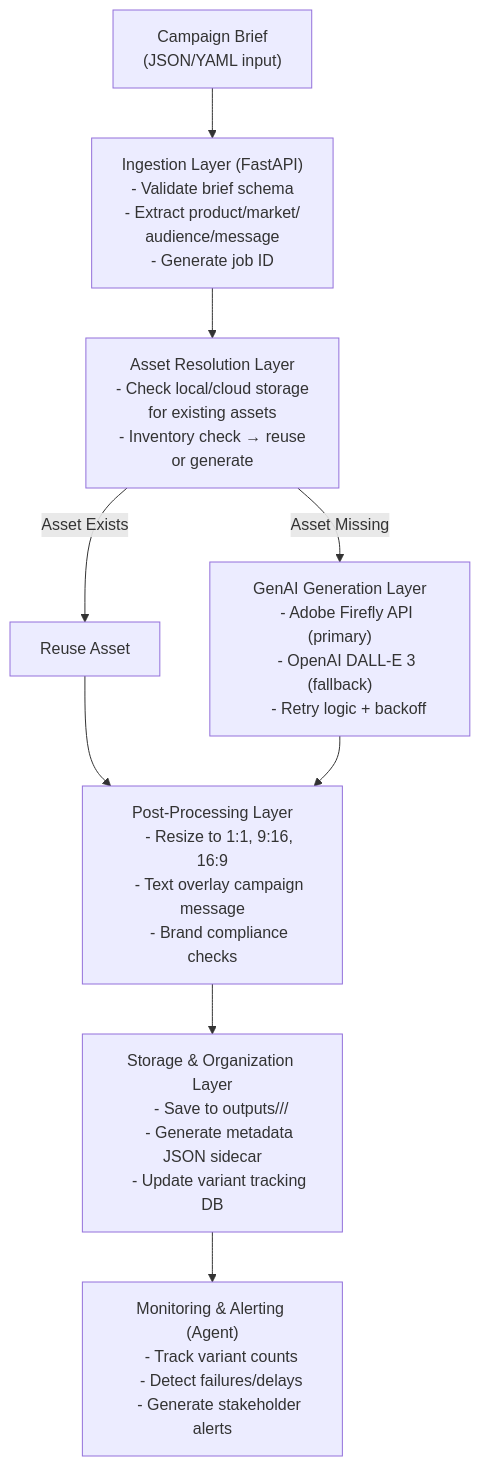
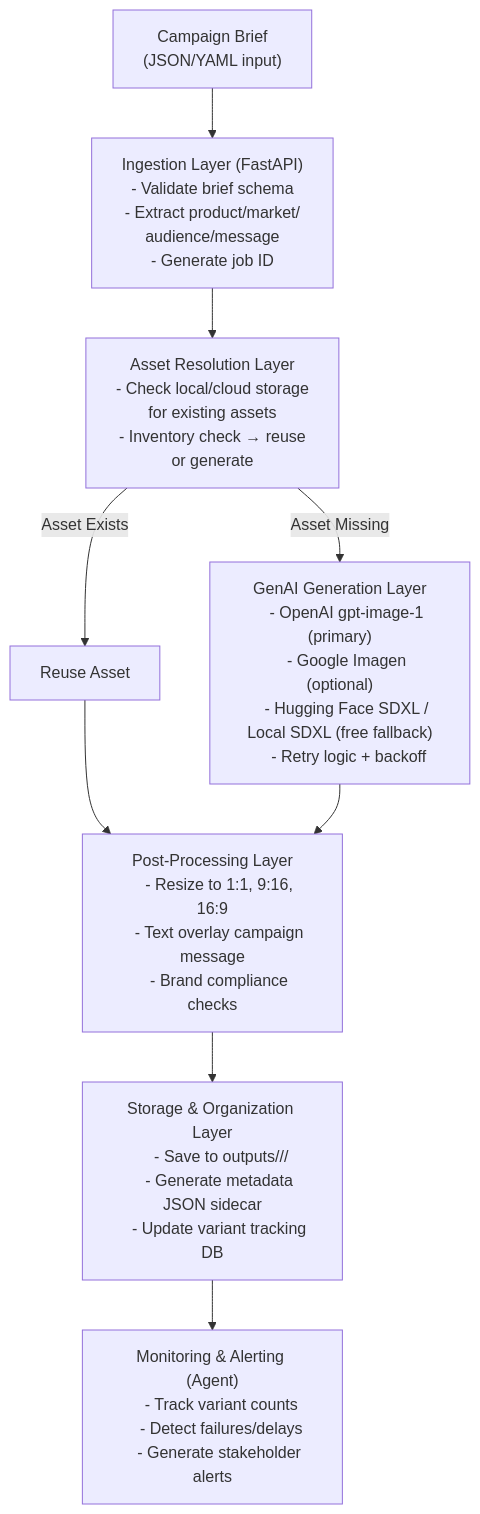
One commit to sharan1303/creative-ai changed the diagram in spec/TECHNICAL_SPEC.md. Above: the diagram before and after it, drawn with Mermaid. The commit also changed other lines of this file and 5 other files, not shown here.

````diff
--- a/spec/TECHNICAL_SPEC.md
+++ b/spec/TECHNICAL_SPEC.md
@@ -130,38 +133,39 @@
 ```mermaid
 flowchart TD
     A["Campaign Brief 
     (JSON/YAML input)"]
     B["Ingestion Layer (FastAPI)"
     - Validate brief schema
     - Extract product/market/
     audience/message
     - Generate job ID]
     C[Asset Resolution Layer
     - Check local/cloud storage 
     for existing assets
     - Inventory check → reuse 
     or generate]
     D[Reuse Asset]
     E["GenAI Generation Layer
-    - Adobe Firefly API (primary)
-    - OpenAI DALL-E 3 (fallback)
+    - OpenAI gpt-image-1 (primary)
+    - Google Imagen (optional)
+    - Hugging Face SDXL / Local SDXL (free fallback)
     - Retry logic + backoff"]
     F[Post-Processing Layer
     - Resize to 1:1, 9:16, 16:9
     - Text overlay campaign message
     - Brand compliance checks]
     G["Storage & Organization Layer
     - Save to outputs/<product>/<ratio>/
     - Generate metadata JSON sidecar
     - Update variant tracking DB"]
     H["Monitoring & Alerting (Agent)
     - Track variant counts
     - Detect failures/delays
     - Generate stakeholder alerts"]
 
     A --> B --> C
     C -->|Asset Exists| D
     C -->|Asset Missing| E
     D --> F
     E --> F --> G --> H
 ```
````
